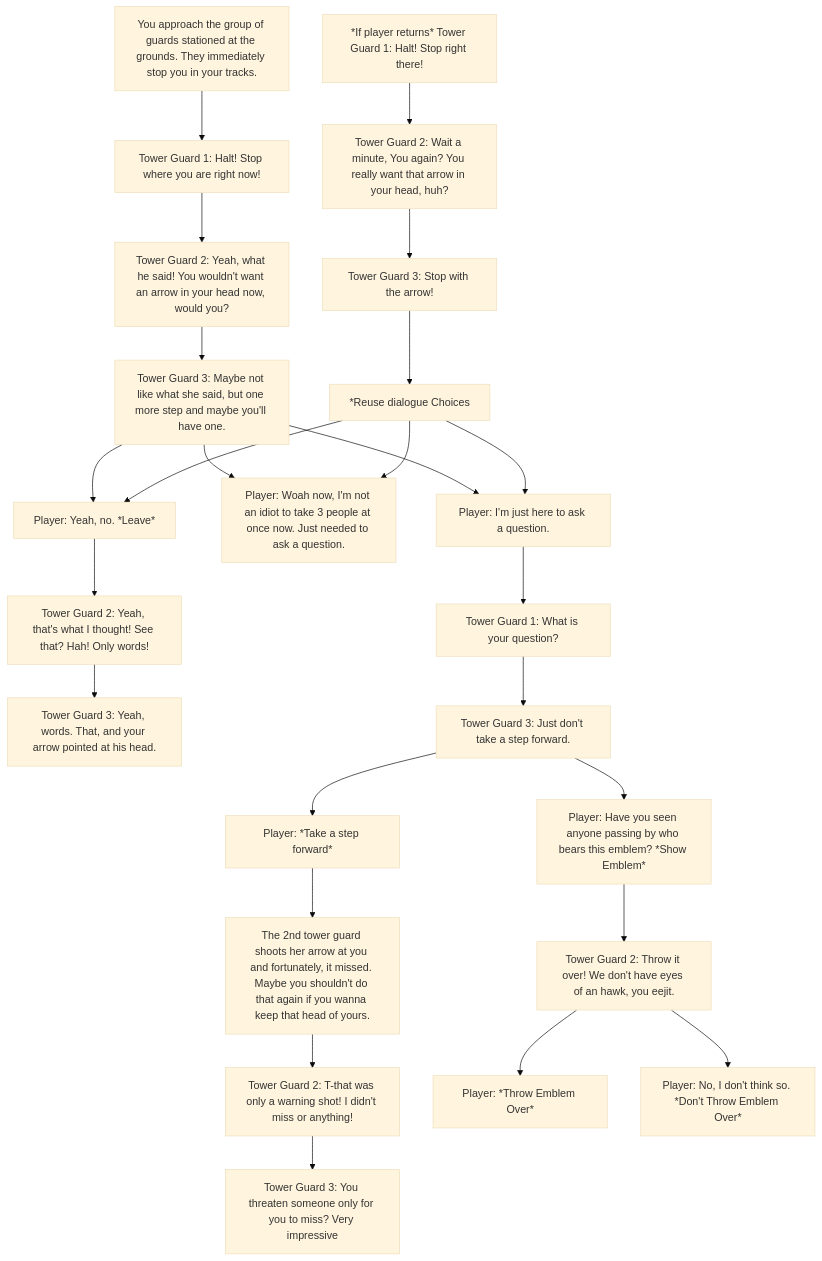
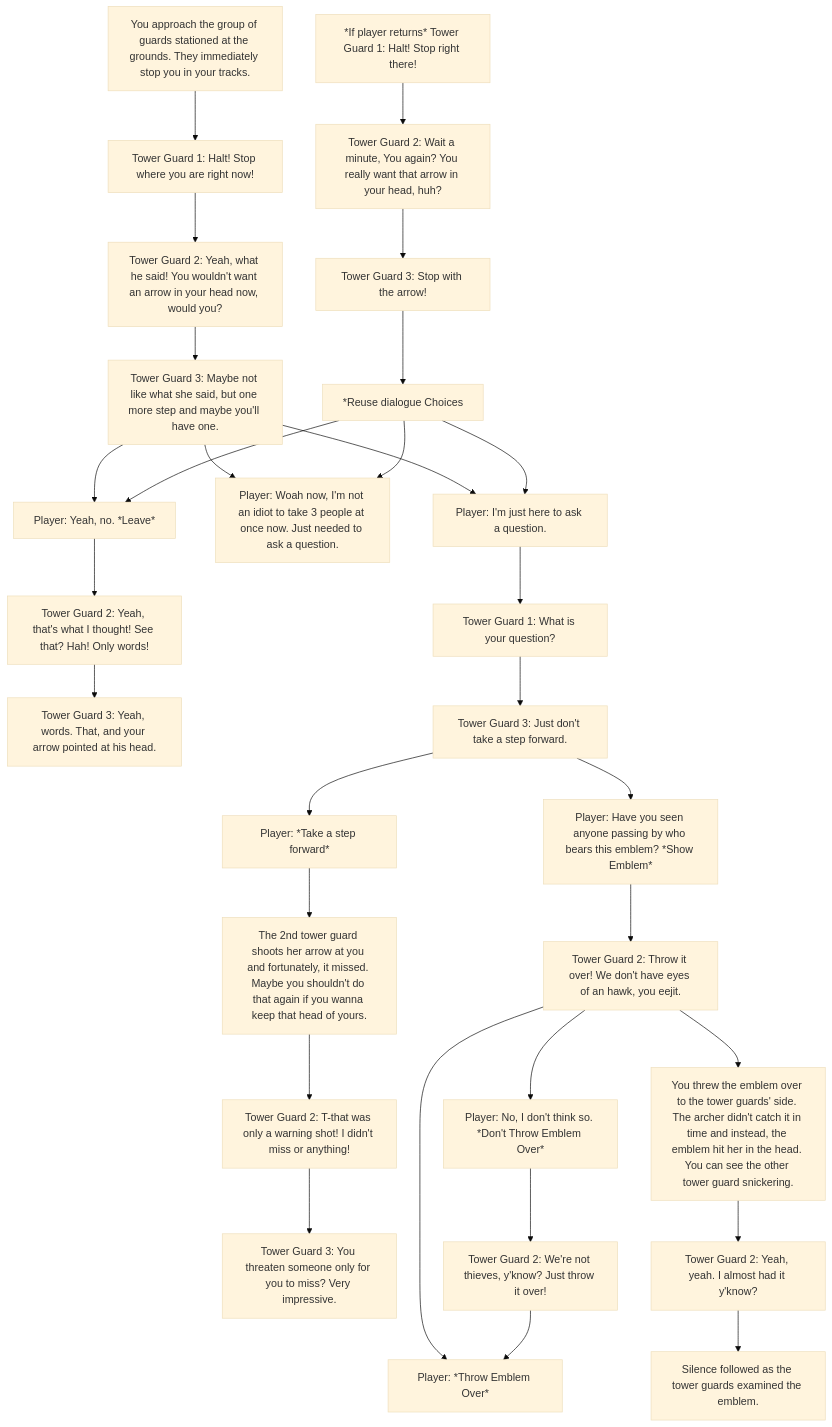
Before and after one commit to padillaryl/cc3-rpg-DialogueTree: the diagram in Q3-TowerGuards.md, drawn with Mermaid (base theme).

````diff
--- a/Q3-TowerGuards.md
+++ b/Q3-TowerGuards.md
@@ -1,36 +1,46 @@
 ```mermaid
 flowchart TD
 
   A[You approach the group of guards stationed at the grounds. They immediately stop you in your tracks.]
   A --> B[Tower Guard 1: Halt! Stop where you are right now!]
   B --> C[Tower Guard 2: Yeah, what he said! You wouldn't want an arrow in your head now, would you?]
   C --> D[Tower Guard 3: Maybe not like what she said, but one more step and maybe you'll have one.]
 
   D --> E[Player: I'm just here to ask a question.]
   D --> F[Player: Woah now, I'm not an idiot to take 3 people at once now. Just needed to ask a question.]
   D --> G[Player: Yeah, no. *Leave*]
 
   G --> H[Tower Guard 2: Yeah, that's what I thought! See that? Hah! Only words!]
   H --> I[Tower Guard 3: Yeah, words. That, and your arrow pointed at his head.]
 
   J[*If player returns* Tower Guard 1: Halt! Stop right there!]
   J --> K[Tower Guard 2: Wait a minute, You again? You really want that arrow in your head, huh?]
   K --> L[Tower Guard 3: Stop with the arrow!]
 
   L --> M[*Reuse dialogue Choices]
   M --> E & F & G
 
   E --> N[Tower Guard 1: What is your question?]
   N --> O[Tower Guard 3: Just don't take a step forward.]
 
   O --> P[Player: Have you seen anyone passing by who bears this emblem? *Show Emblem*]
   O --> Q[Player: *Take a step forward*]
 
   Q --> R[The 2nd tower guard shoots her arrow at you and fortunately, it missed. Maybe you shouldn't do that again if you wanna keep that head of yours.]
   R --> S[Tower Guard 2: T-that was only a warning shot! I didn't miss or anything!]
-  S --> T[Tower Guard 3: You threaten someone only for you to miss? Very impressive]
+  S --> T[Tower Guard 3: You threaten someone only for you to miss? Very impressive.]
 
   P --> U[Tower Guard 2: Throw it over! We don't have eyes of an hawk, you eejit.]
   U --> V[Player: *Throw Emblem Over*]
   U --> W[Player: No, I don't think so. *Don't Throw Emblem Over*]
+
+  W --> X[Tower Guard 2: We're not thieves, y'know? Just throw it over!]
+  X --> V
+
+  U --> Y[You threw the emblem over to the tower guards' side. The archer didn't catch it in time and instead, the emblem hit her in the head. You can see the other tower guard snickering.]
+  Y --> Z[Tower Guard 2: Yeah, yeah. I almost had it y'know?]
+
+  Z --> A1[Silence followed as the tower guards examined the emblem.]
+
+  
 ```
````
